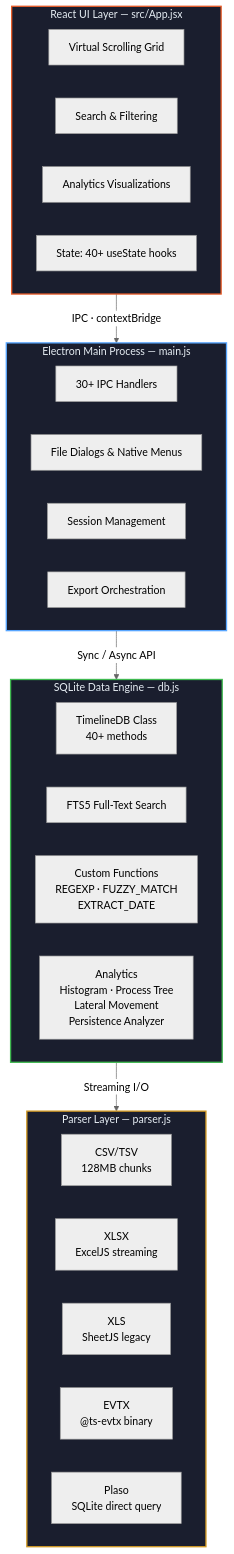
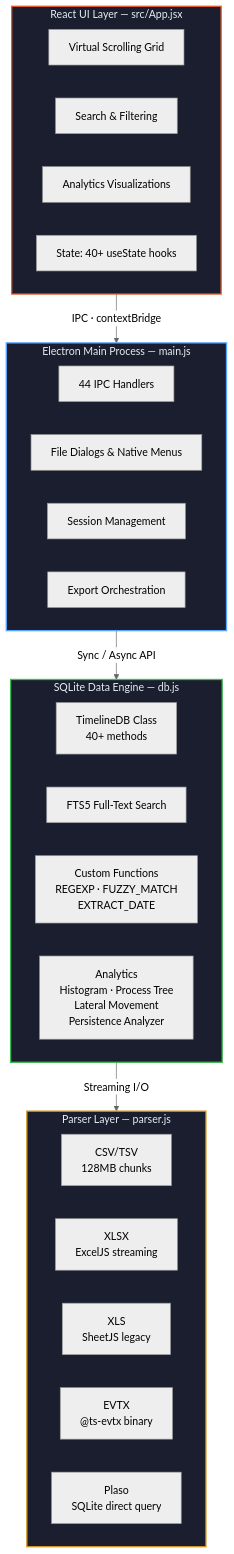
The diagram in docs/about/architecture.md (r3nzsec/irflow-timeline), drawn with Mermaid (neutral theme) before and after one commit. The commit also changed other lines of this file and 4 other files, not shown here.

````diff
--- a/docs/about/architecture.md
+++ b/docs/about/architecture.md
@@ -7,44 +7,44 @@
 ```mermaid
 graph TB
     subgraph Renderer["React UI Layer — src/App.jsx"]
         direction LR
         Grid["Virtual Scrolling Grid"]
         Search["Search & Filtering"]
         Analytics["Analytics Visualizations"]
         State["State: 40+ useState hooks"]
     end
 
     subgraph Main["Electron Main Process — main.js"]
         direction LR
-        IPC_H["30+ IPC Handlers"]
+        IPC_H["44 IPC Handlers"]
         Dialogs["File Dialogs & Native Menus"]
         Session["Session Management"]
         Export["Export Orchestration"]
     end
 
     subgraph DB["SQLite Data Engine — db.js"]
         direction LR
         TDB["TimelineDB Class\n40+ methods"]
         FTS["FTS5 Full-Text Search"]
         Funcs["Custom Functions\nREGEXP · FUZZY_MATCH\nEXTRACT_DATE"]
         Analyze["Analytics\nHistogram · Process Tree\nLateral Movement\nPersistence Analyzer"]
     end
 
     subgraph Parser["Parser Layer — parser.js"]
         direction LR
         CSV["CSV/TSV\n128MB chunks"]
         XLSX["XLSX\nExcelJS streaming"]
         XLS["XLS\nSheetJS legacy"]
         EVTX["EVTX\n@ts-evtx binary"]
         Plaso["Plaso\nSQLite direct query"]
     end
 
     Renderer -->|"IPC · contextBridge"| Main
     Main -->|"Sync / Async API"| DB
     DB -->|"Streaming I/O"| Parser
 
     style Renderer fill:#1a1e2e,stroke:#E85D2A,stroke-width:2px,color:#e6edf3
     style Main fill:#1a1e2e,stroke:#58a6ff,stroke-width:2px,color:#e6edf3
     style DB fill:#1a1e2e,stroke:#3fb950,stroke-width:2px,color:#e6edf3
     style Parser fill:#1a1e2e,stroke:#d29922,stroke-width:2px,color:#e6edf3
 ```
````
